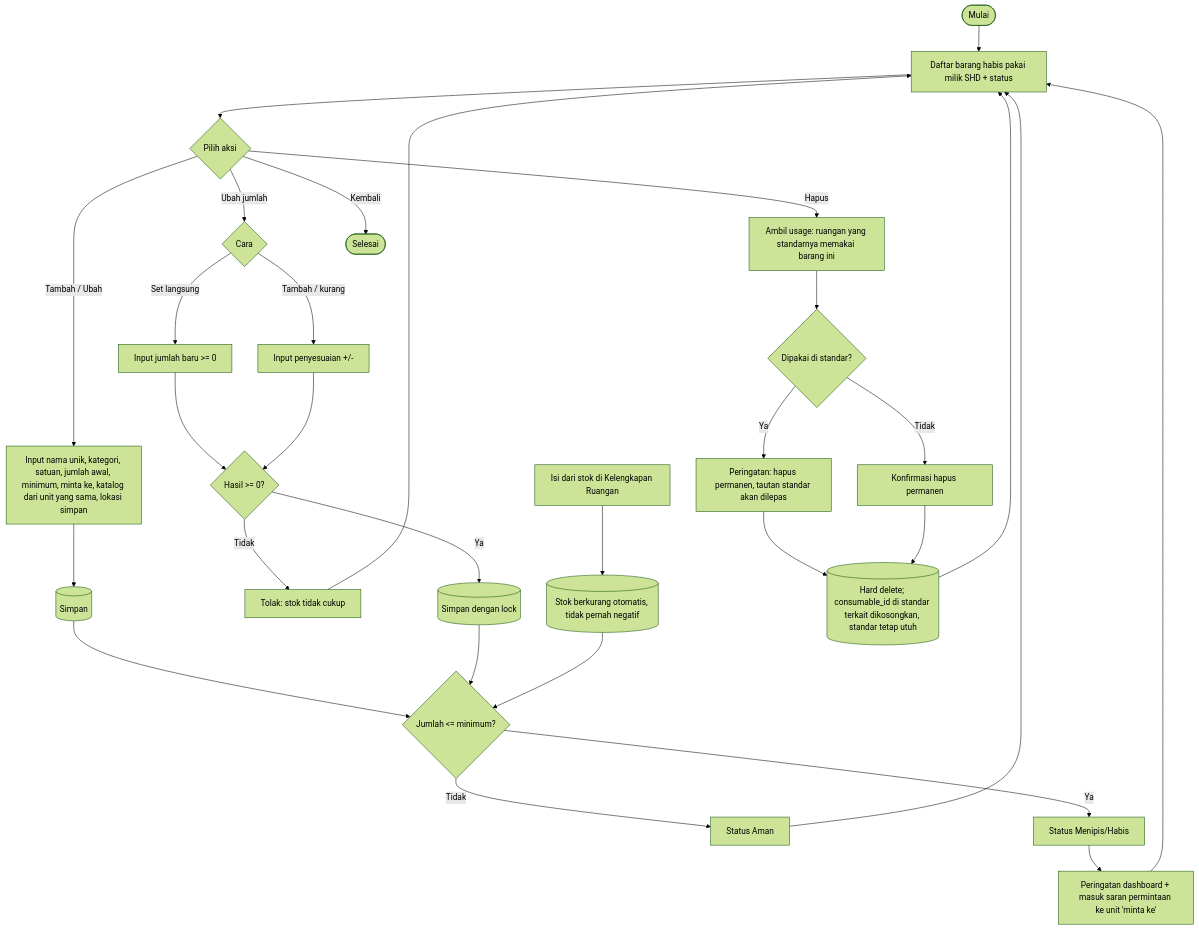
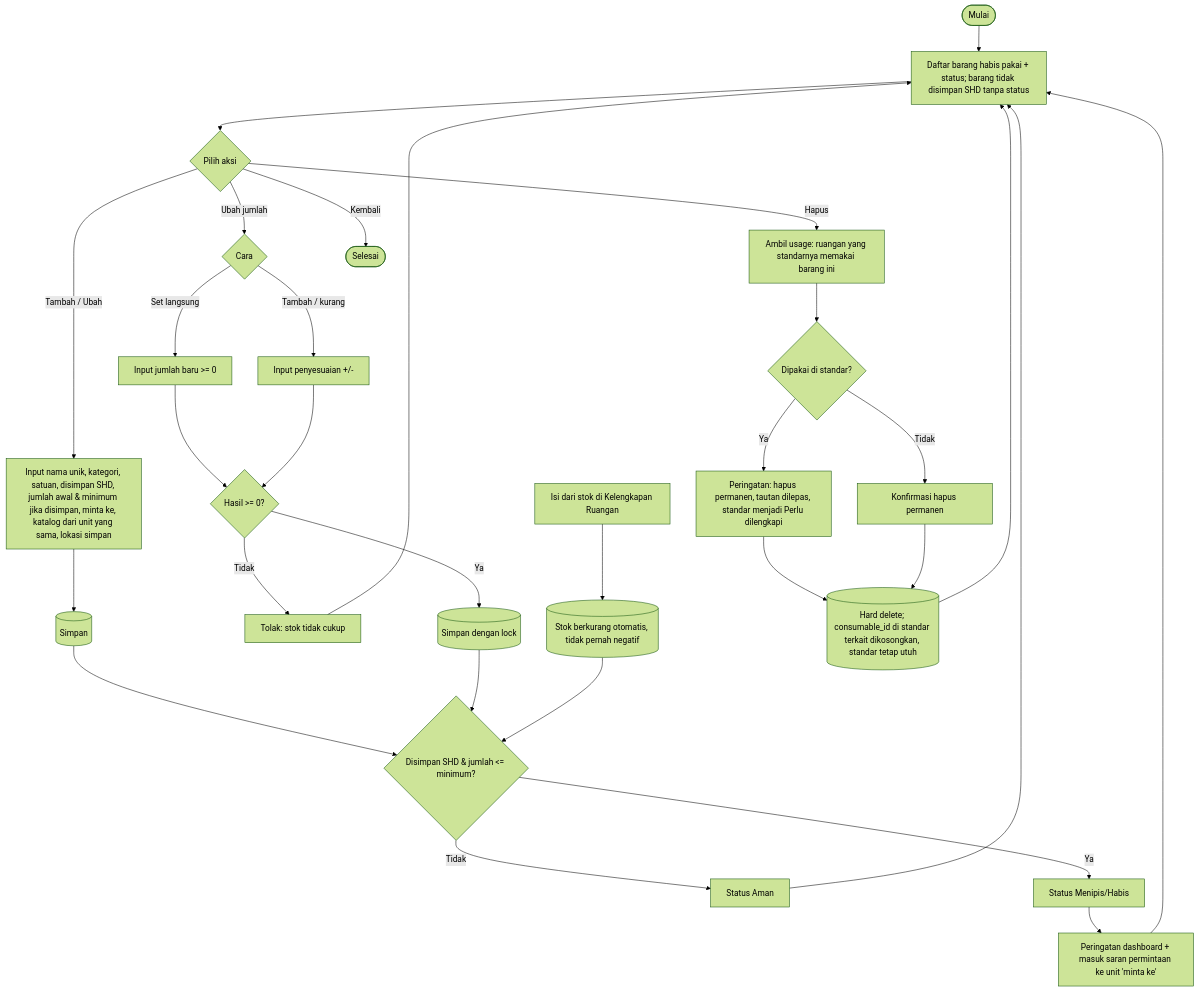
One commit to mrizqihidayat/system-tracking-asset changed the seventh of 7 diagrams in docs/flowchart.md. Above: the diagram before and after it, drawn with Mermaid (forest theme). The commit also changed other lines of this file and 74 other files, not shown here.

Commit message:
T26g-T26i: cara permintaan, katalog, standar ruangan per tipe, optimasi daftar aset

````diff
--- a/docs/flowchart.md
+++ b/docs/flowchart.md
@@ -212,22 +216,22 @@
 ```mermaid
 flowchart TD
-    A([Mulai]) --> B[Daftar barang habis pakai milik SHD + status]
+    A([Mulai]) --> B[Daftar barang habis pakai + status; barang tidak disimpan SHD tanpa status]
     B --> C{Pilih aksi}
-    C -- Tambah / Ubah --> T1[Input nama unik, kategori, satuan, jumlah awal, minimum, minta ke, katalog dari unit yang sama, lokasi simpan] --> T2[(Simpan)] --> CEK
+    C -- Tambah / Ubah --> T1[Input nama unik, kategori, satuan, disimpan SHD, jumlah awal & minimum jika disimpan, minta ke, katalog dari unit yang sama, lokasi simpan] --> T2[(Simpan)] --> CEK
     C -- Ubah jumlah --> J0{Cara}
     J0 -- Set langsung --> J1[Input jumlah baru >= 0]
     J0 -- Tambah / kurang --> J2[Input penyesuaian +/-]
     J1 & J2 --> J3{Hasil >= 0?}
     J3 -- Tidak --> J4[Tolak: stok tidak cukup] --> B
     J3 -- Ya --> J5[(Simpan dengan lock)] --> CEK
     R0[Isi dari stok di Kelengkapan Ruangan] --> R1[(Stok berkurang otomatis, tidak pernah negatif)] --> CEK
     C -- Hapus --> H0[Ambil usage: ruangan yang standarnya memakai barang ini]
     H0 --> H1{Dipakai di standar?}
-    H1 -- Ya --> H2[Peringatan: hapus permanen, tautan standar akan dilepas]
+    H1 -- Ya --> H2[Peringatan: hapus permanen, tautan dilepas, standar menjadi Perlu dilengkapi]
     H1 -- Tidak --> H3[Konfirmasi hapus permanen]
     H2 & H3 --> H4[(Hard delete; consumable_id di standar terkait dikosongkan, standar tetap utuh)] --> B
-    CEK{Jumlah <= minimum?}
+    CEK{Disimpan SHD & jumlah <= minimum?}
     CEK -- Tidak --> S1[Status Aman] --> B
     CEK -- Ya --> S2[Status Menipis/Habis] --> S3[Peringatan dashboard + masuk saran permintaan ke unit 'minta ke'] --> B
     C -- Kembali --> Z([Selesai])
 ```
````
